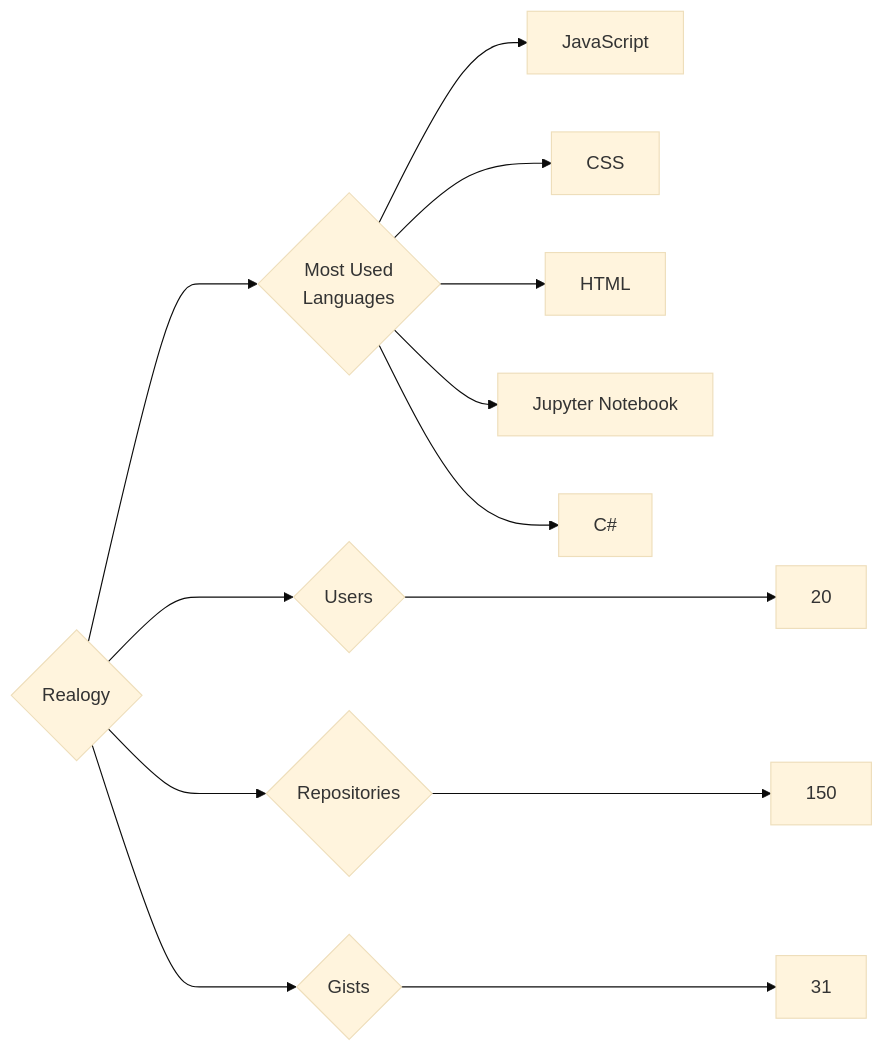
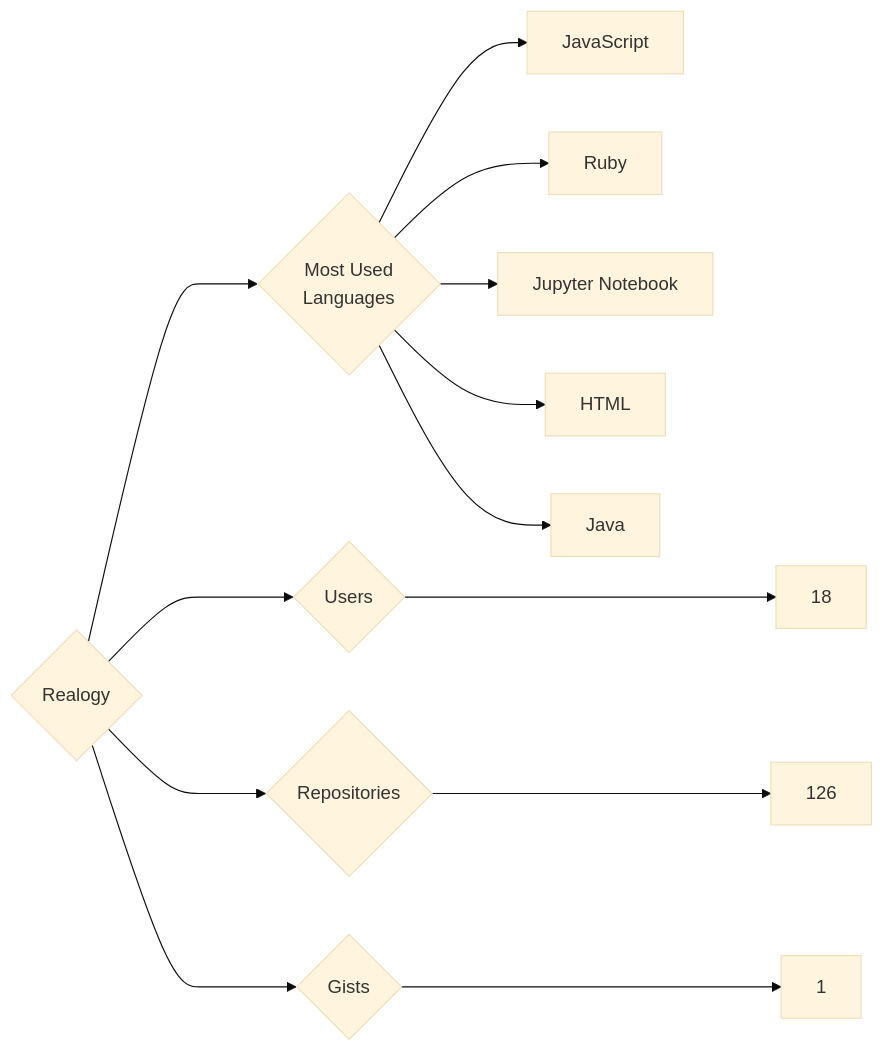
Before and after one commit to trickest/insiders: the diagram in targets/Realogy/README.md, drawn with Mermaid (base theme). The commit also changed 878 other files, not shown here.

````diff
--- a/targets/Realogy/README.md
+++ b/targets/Realogy/README.md
@@ -3,13 +3,13 @@
 ```mermaid
 graph LR
 COMPANY_NAME{Realogy}
-COMPANY_NAME ---> U{Users} ---> UN[20]
-COMPANY_NAME ---> R{Repositories} ---> RN[150]
-COMPANY_NAME ---> G{Gists} ---> GN[31]
+COMPANY_NAME ---> U{Users} ---> UN[18]
+COMPANY_NAME ---> R{Repositories} ---> RN[126]
+COMPANY_NAME ---> G{Gists} ---> GN[1]
 COMPANY_NAME ---> ML{Most Used<br>Languages}
 ML --> JavaScript[JavaScript]
-ML --> CSS[CSS]
+ML --> Ruby[Ruby]
+ML --> Jupyter_Notebook[Jupyter Notebook]
 ML --> HTML[HTML]
-ML --> Jupyter_Notebook[Jupyter Notebook]
-ML --> C#[C#]
+ML --> Java[Java]
 ```
````
